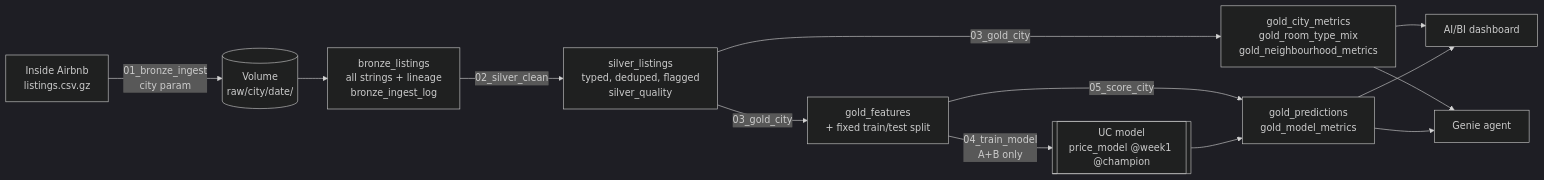
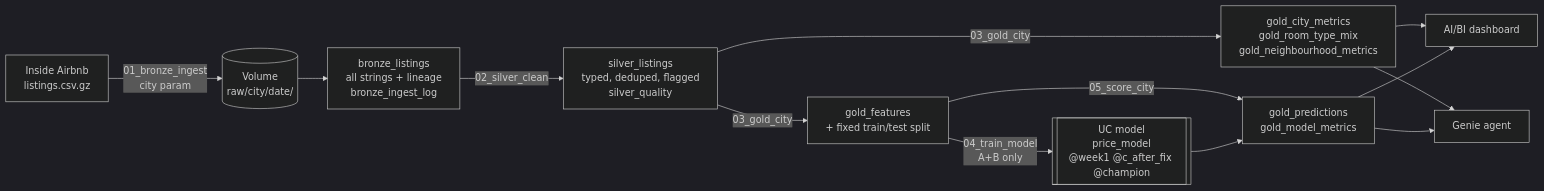
The diagram in README.md (TanyaaMoroz/airbnb-us-south), drawn with Mermaid (dark theme) before and after one commit. The commit also changed other lines of this file and 2 other files, not shown here.

Commit message:
City C report and model changes

````diff
--- a/README.md
+++ b/README.md
@@ -16,15 +38,15 @@
 ```mermaid
 flowchart LR
     IA[Inside Airbnb<br/>listings.csv.gz] -->|01_bronze_ingest<br/>city param| V[(Volume<br/>raw/city/date/)]
     V --> B[bronze_listings<br/>all strings + lineage<br/>bronze_ingest_log]
     B -->|02_silver_clean| S[silver_listings<br/>typed, deduped, flagged<br/>silver_quality]
     S -->|03_gold_city| G1[gold_city_metrics<br/>gold_room_type_mix<br/>gold_neighbourhood_metrics]
     S -->|03_gold_city| G2[gold_features<br/>+ fixed train/test split]
-    G2 -->|04_train_model<br/>A+B only| M[[UC model<br/>price_model @week1 @champion]]
+    G2 -->|04_train_model<br/>A+B only| M[[UC model<br/>price_model<br/>@week1 @c_after_fix @champion]]
     G2 -->|05_score_city| P[gold_predictions<br/>gold_model_metrics]
     M --> P
     G1 --> D[AI/BI dashboard]
     P --> D
     G1 --> GN[Genie agent]
     P --> GN
 ```
````
